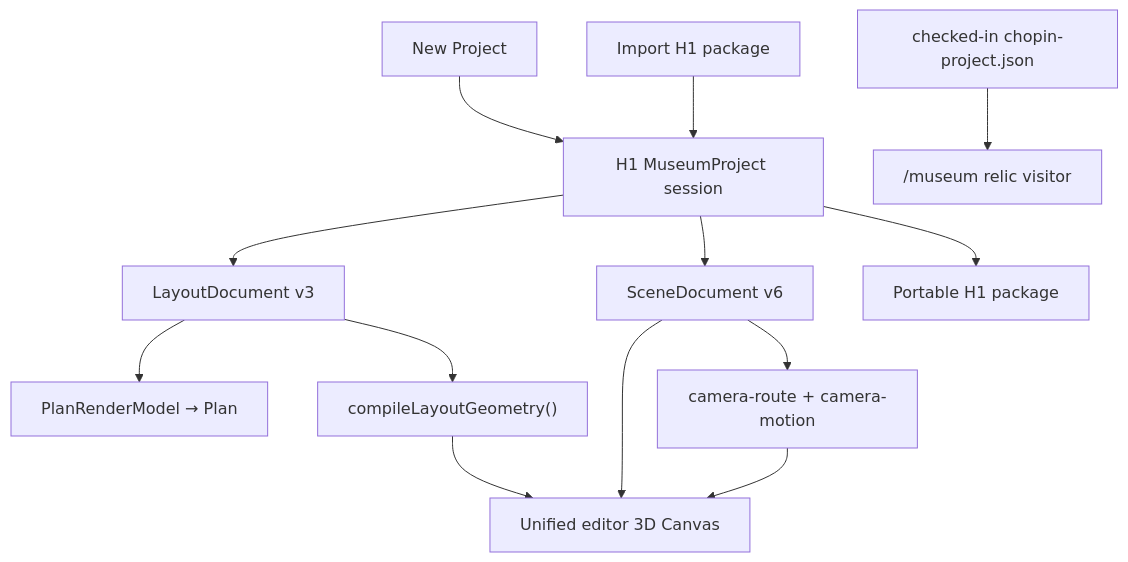
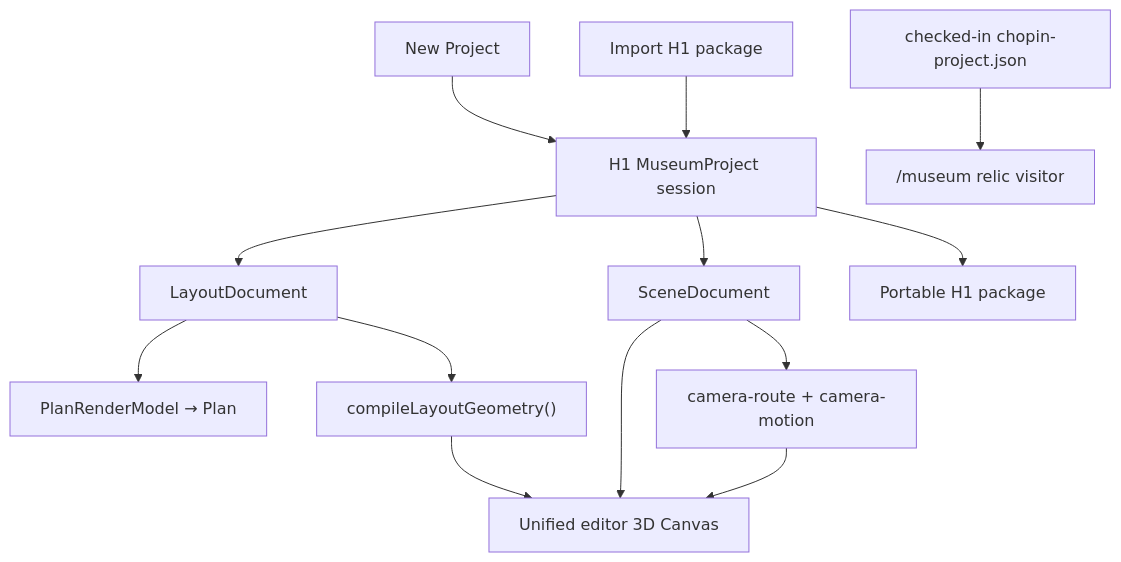
One commit to toni8699/Museum changed the diagram in docs/README.md. Above: the diagram before and after it, drawn with Mermaid. The commit also changed 51 other files, not shown here.

````diff
--- a/docs/README.md
+++ b/docs/README.md
@@ -27,16 +27,16 @@
 ```mermaid
 flowchart TB
   New["New Project"] --> EditorProject["H1 MuseumProject session"]
   Import["Import H1 package"] --> EditorProject
-  EditorProject --> Layout["LayoutDocument v3"]
-  EditorProject --> Scene["SceneDocument v6"]
+  EditorProject --> Layout["LayoutDocument"]
+  EditorProject --> Scene["SceneDocument"]
   Layout --> Plan["PlanRenderModel → Plan"]
   Layout --> Compile["compileLayoutGeometry()"]
   Compile --> Editor3D["Unified editor 3D Canvas"]
   Scene --> Editor3D
   Scene --> Motion["camera-route + camera-motion"]
   Motion --> Editor3D
   EditorProject --> Export["Portable H1 package"]
 
   Chopin["checked-in chopin-project.json"] --> Museum["/museum relic visitor"]
 ```
````
